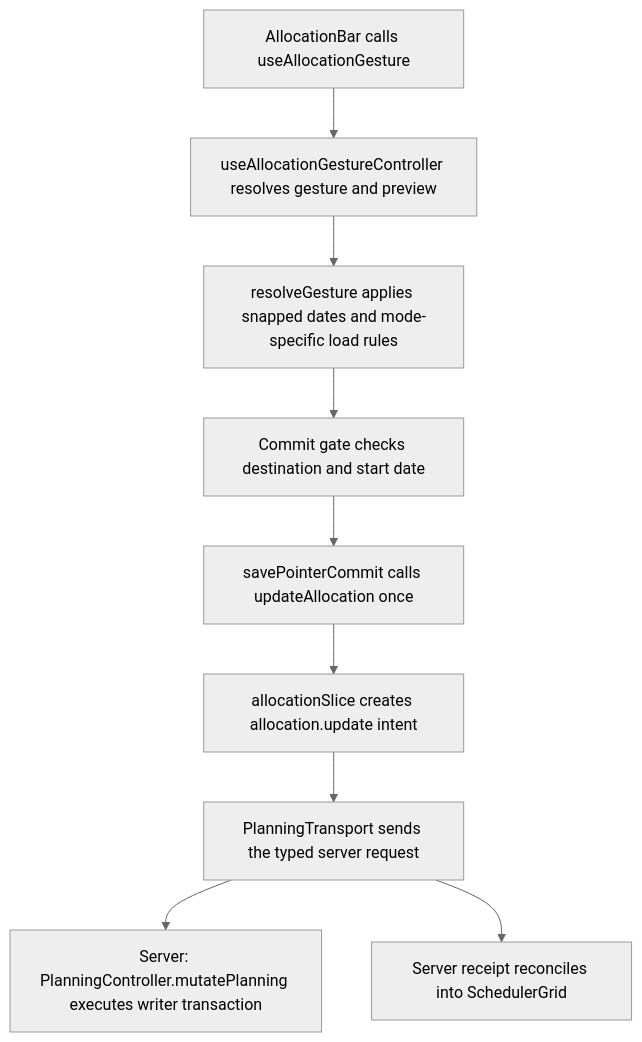
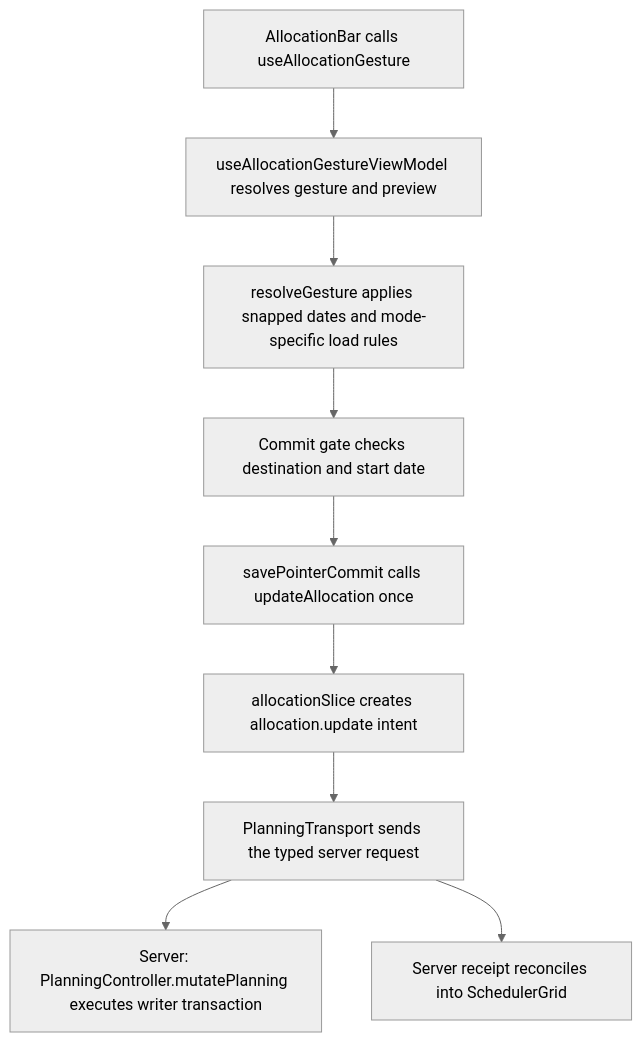
The second of 2 diagrams in user-stories/scheduler/US-SCH-05-resize.md (Kevinjohn/capacitylens), drawn with Mermaid (neutral theme) before and after one commit. The commit also changed other lines of this file and 33 other files, not shown here.

First line of the commit message:
Controller to view model: rename the screen hooks

````diff
--- a/user-stories/scheduler/US-SCH-05-resize.md
+++ b/user-stories/scheduler/US-SCH-05-resize.md
@@ -33,11 +33,11 @@
 ```mermaid
 flowchart TD
-  A["AllocationBar calls useAllocationGesture"] --> B["useAllocationGestureController resolves gesture and preview"]
+  A["AllocationBar calls useAllocationGesture"] --> B["useAllocationGestureViewModel resolves gesture and preview"]
   B --> C["resolveGesture applies snapped dates and mode-specific load rules"]
   C --> D["Commit gate checks destination and start date"]
   D --> E["savePointerCommit calls updateAllocation once"]
   E --> F["allocationSlice creates allocation.update intent"]
   F --> G["PlanningTransport sends the typed server request"]
   G --> H["Server: PlanningController.mutatePlanning executes writer transaction"]
   G --> I["Server receipt reconciles into SchedulerGrid"]
 ```
````
